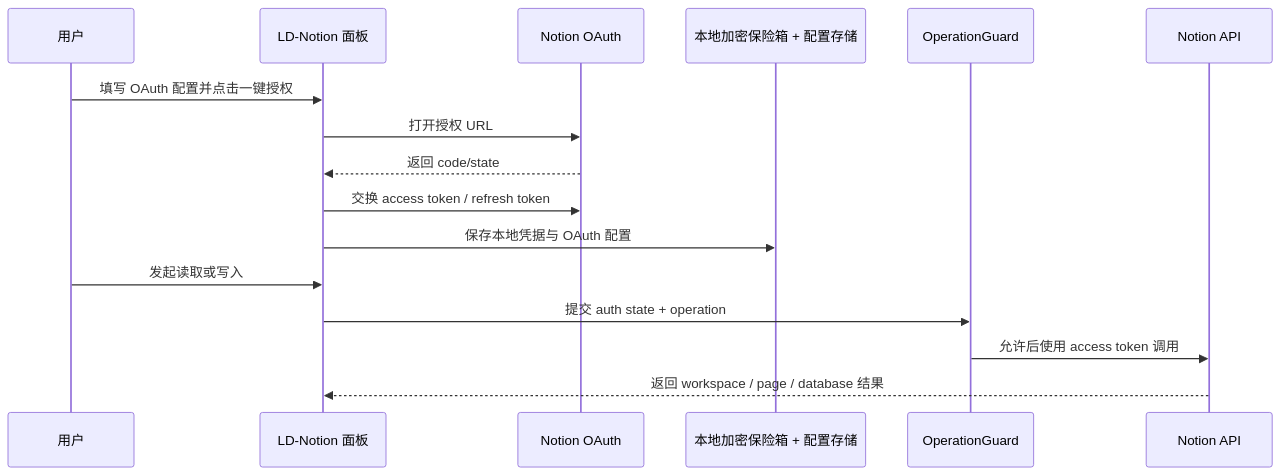
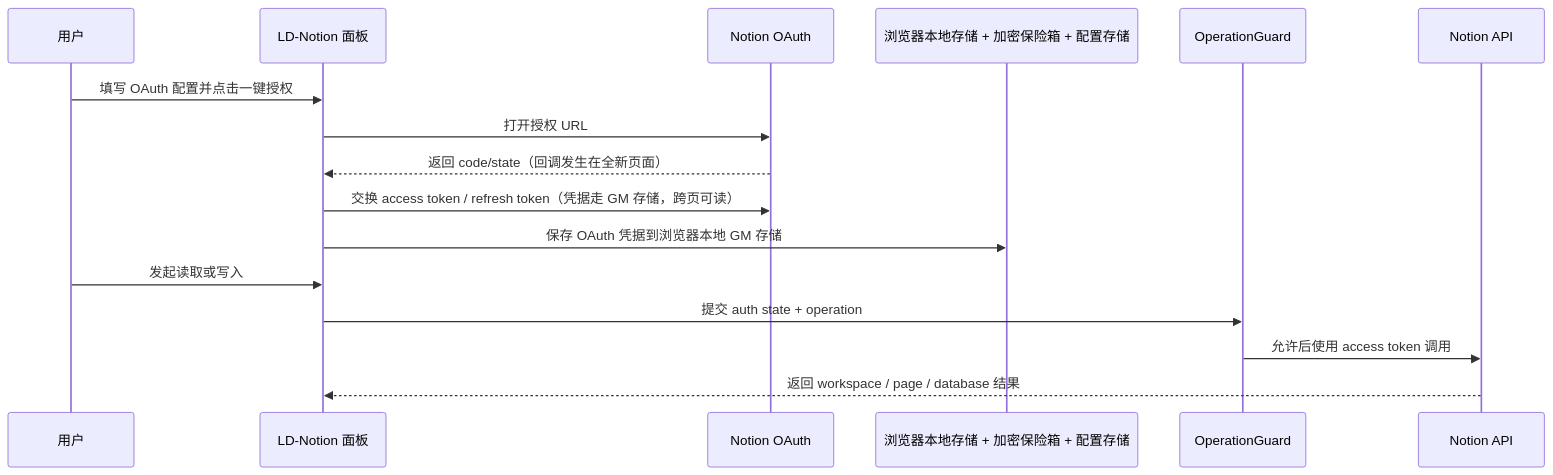
Before and after one commit to Smith-106/LD-Notion: the diagram in docs/concepts/auth-model.md, drawn with Mermaid. The commit also changed other lines of this file and 13 other files, not shown here.

First line of the commit message:
v3.12.0: 修复 Notion OAuth 自动授权失效(三模型共识根因闭环)

````diff
--- a/docs/concepts/auth-model.md
+++ b/docs/concepts/auth-model.md
@@ -32,19 +32,19 @@
 ```mermaid
 sequenceDiagram
   participant User as 用户
   participant Panel as LD-Notion 面板
   participant NotionOAuth as Notion OAuth
-  participant Store as 本地加密保险箱 + 配置存储
+  participant Store as 浏览器本地存储 + 加密保险箱 + 配置存储
   participant Guard as OperationGuard
   participant API as Notion API
 
   User->>Panel: 填写 OAuth 配置并点击一键授权
   Panel->>NotionOAuth: 打开授权 URL
-  NotionOAuth-->>Panel: 返回 code/state
-  Panel->>NotionOAuth: 交换 access token / refresh token
-  Panel->>Store: 保存本地凭据与 OAuth 配置
+  NotionOAuth-->>Panel: 返回 code/state（回调发生在全新页面）
+  Panel->>NotionOAuth: 交换 access token / refresh token（凭据走 GM 存储，跨页可读）
+  Panel->>Store: 保存 OAuth 凭据到浏览器本地 GM 存储
   User->>Panel: 发起读取或写入
   Panel->>Guard: 提交 auth state + operation
   Guard->>API: 允许后使用 access token 调用
   API-->>Panel: 返回 workspace / page / database 结果
 ```
````
